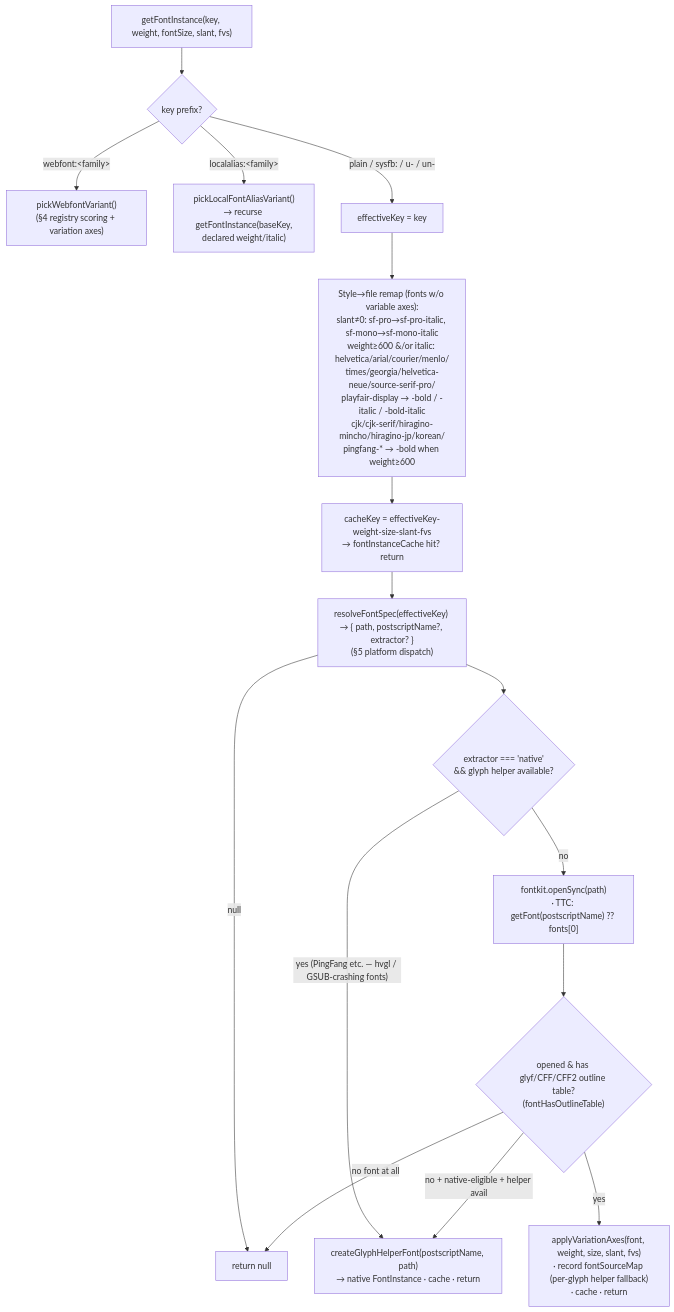
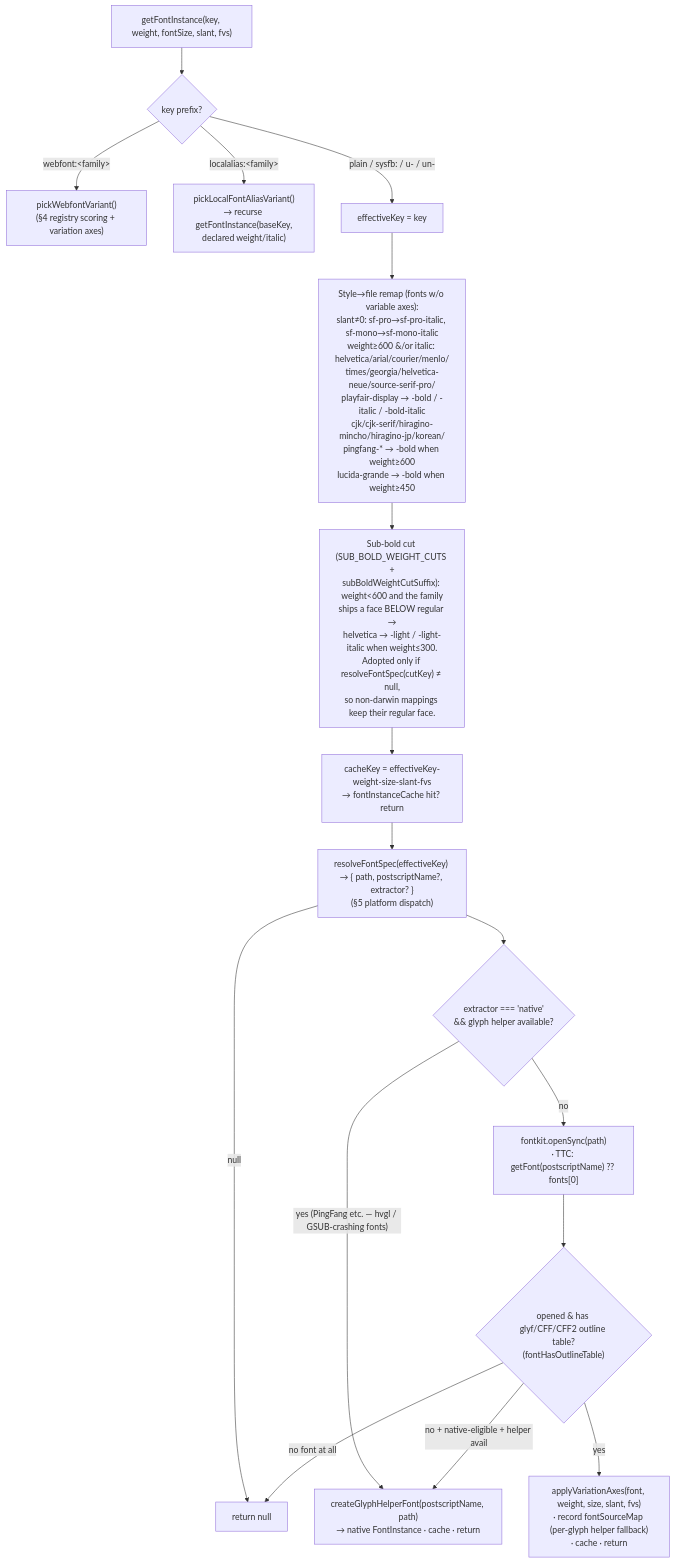
One commit to brianwestphal/domotion changed the third of 10 diagrams in docs/font-resolution-diagram.md. Above: the diagram before and after it, drawn with Mermaid. The commit also changed other lines of this file and 5 other files, not shown here.

````diff
--- a/docs/font-resolution-diagram.md
+++ b/docs/font-resolution-diagram.md
@@ -198,19 +198,20 @@
 ```mermaid
 flowchart TD
   G0["getFontInstance(key, weight, fontSize, slant, fvs)"] --> G1{"key prefix?"}
   G1 -->|"webfont:&lt;family&gt;"| GW["pickWebfontVariant()<br/>(§4 registry scoring + variation axes)"]
   G1 -->|"localalias:&lt;family&gt;"| GL["pickLocalFontAliasVariant()<br/>→ recurse getFontInstance(baseKey,<br/>declared weight/italic)"]
   G1 -->|"plain / sysfb: / u- / un-"| G2["effectiveKey = key"]
 
-  G2 --> G3["Style→file remap (fonts w/o variable axes):<br/>slant≠0: sf-pro→sf-pro-italic, sf-mono→sf-mono-italic<br/>weight≥600 &/or italic: helvetica/arial/courier/menlo/<br/>times/georgia/helvetica-neue/source-serif-pro/<br/>playfair-display → -bold / -italic / -bold-italic<br/>cjk/cjk-serif/hiragino-mincho/hiragino-jp/korean/<br/>pingfang-* → -bold when weight≥600"]
-  G3 --> G4["cacheKey = effectiveKey-weight-size-slant-fvs<br/>→ fontInstanceCache hit? return"]
+  G2 --> G3["Style→file remap (fonts w/o variable axes):<br/>slant≠0: sf-pro→sf-pro-italic, sf-mono→sf-mono-italic<br/>weight≥600 &/or italic: helvetica/arial/courier/menlo/<br/>times/georgia/helvetica-neue/source-serif-pro/<br/>playfair-display → -bold / -italic / -bold-italic<br/>cjk/cjk-serif/hiragino-mincho/hiragino-jp/korean/<br/>pingfang-* → -bold when weight≥600<br/>lucida-grande → -bold when weight≥450"]
+  G3 --> G3b["Sub-bold cut (SUB_BOLD_WEIGHT_CUTS +<br/>subBoldWeightCutSuffix): weight&lt;600 and the family<br/>ships a face BELOW regular →<br/>helvetica → -light / -light-italic when weight≤300.<br/>Adopted only if resolveFontSpec(cutKey) ≠ null,<br/>so non-darwin mappings keep their regular face."]
+  G3b --> G4["cacheKey = effectiveKey-weight-size-slant-fvs<br/>→ fontInstanceCache hit? return"]
   G4 --> G5["resolveFontSpec(effectiveKey) → { path, postscriptName?, extractor? }<br/>(§5 platform dispatch)"]
   G5 -->|"null"| GNull["return null"]
   G5 --> G6{"extractor === 'native'<br/>&& glyph helper available?"}
   G6 -->|"yes (PingFang etc. — hvgl / GSUB-crashing fonts)"| G7["createGlyphHelperFont(postscriptName, path)<br/>→ native FontInstance · cache · return"]
   G6 -->|"no"| G8["fontkit.openSync(path)<br/>· TTC: getFont(postscriptName) ?? fonts[0]"]
   G8 --> G9{"opened & has glyf/CFF/CFF2 outline table?<br/>(fontHasOutlineTable)"}
   G9 -->|"no + native-eligible + helper avail"| G7
   G9 -->|"no font at all"| GNull
   G9 -->|"yes"| G10["applyVariationAxes(font, weight, size, slant, fvs)<br/>· record fontSourceMap (per-glyph helper fallback)<br/>· cache · return"]
 ```
````
